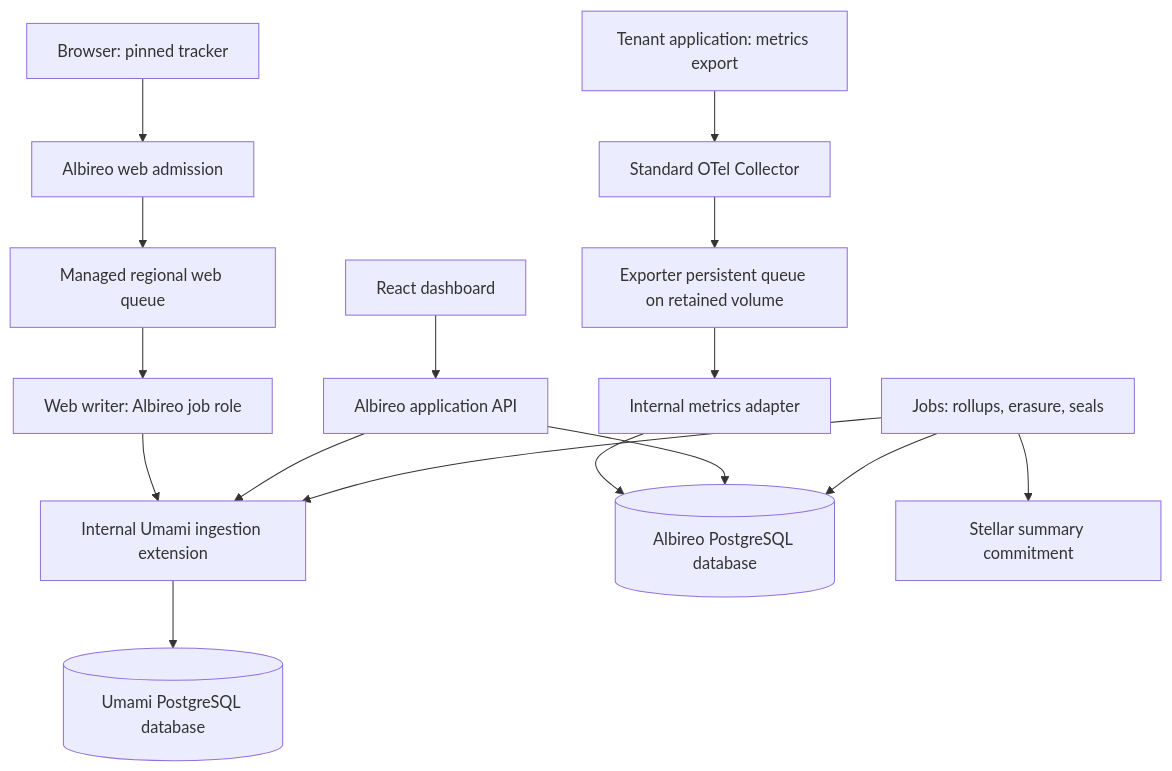
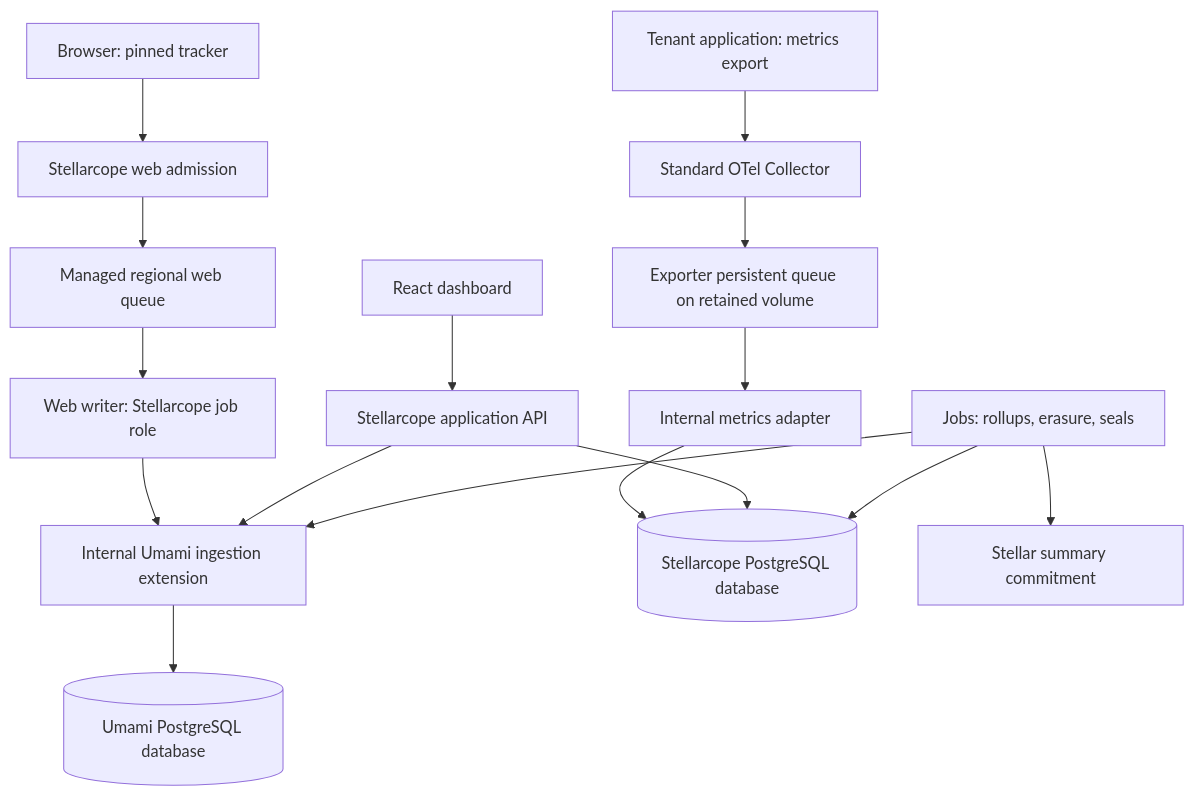
The diagram in engineering/2026-11-15-architecture.md (enliven17/albireo), drawn with Mermaid before and after one commit. The commit also changed other lines of this file and 88 other files, not shown here.

Commit message:
feat: rebrand Albireo to Stellarcope

````diff
--- a/engineering/2026-11-15-architecture.md
+++ b/engineering/2026-11-15-architecture.md
@@ -42,18 +42,18 @@
 ```mermaid
 flowchart TD
-  Browser[Browser: pinned tracker] --> Web[Albireo web admission]
+  Browser[Browser: pinned tracker] --> Web[Stellarcope web admission]
   Web --> WQ[Managed regional web queue]
-  WQ --> Worker[Web writer: Albireo job role]
+  WQ --> Worker[Web writer: Stellarcope job role]
   Worker --> U[Internal Umami ingestion extension]
   U --> UDB[(Umami PostgreSQL database)]
   Tenant[Tenant application: metrics export] --> O[Standard OTel Collector]
   O --> OQ[Exporter persistent queue on retained volume]
   OQ --> M[Internal metrics adapter]
-  M --> ADB[(Albireo PostgreSQL database)]
-  UI[React dashboard] --> API[Albireo application API]
+  M --> ADB[(Stellarcope PostgreSQL database)]
+  UI[React dashboard] --> API[Stellarcope application API]
   API --> U
   API --> ADB
   Jobs[Jobs: rollups, erasure, seals] --> ADB
   Jobs --> U
   Jobs --> Stellar[Stellar summary commitment]
 ```
````
